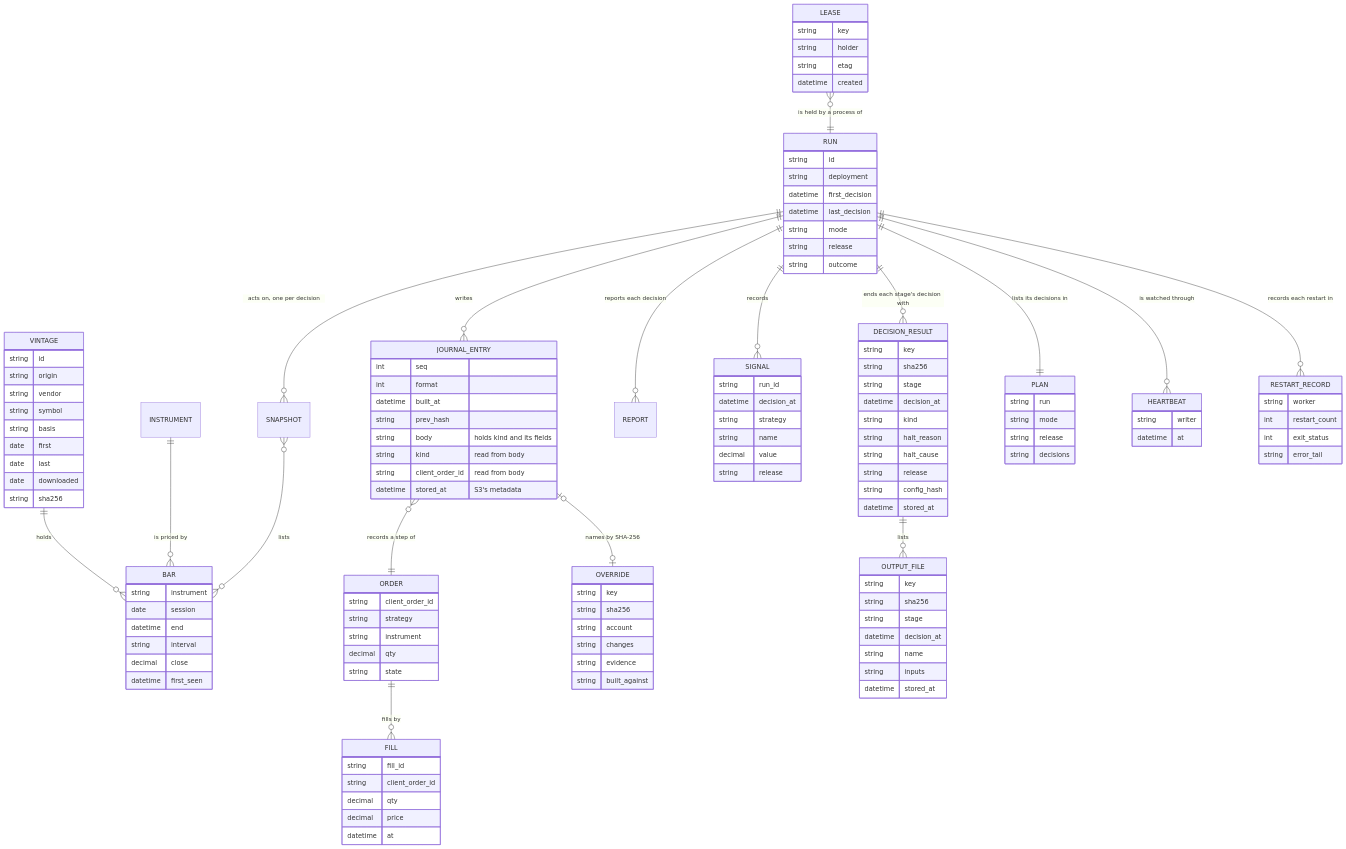
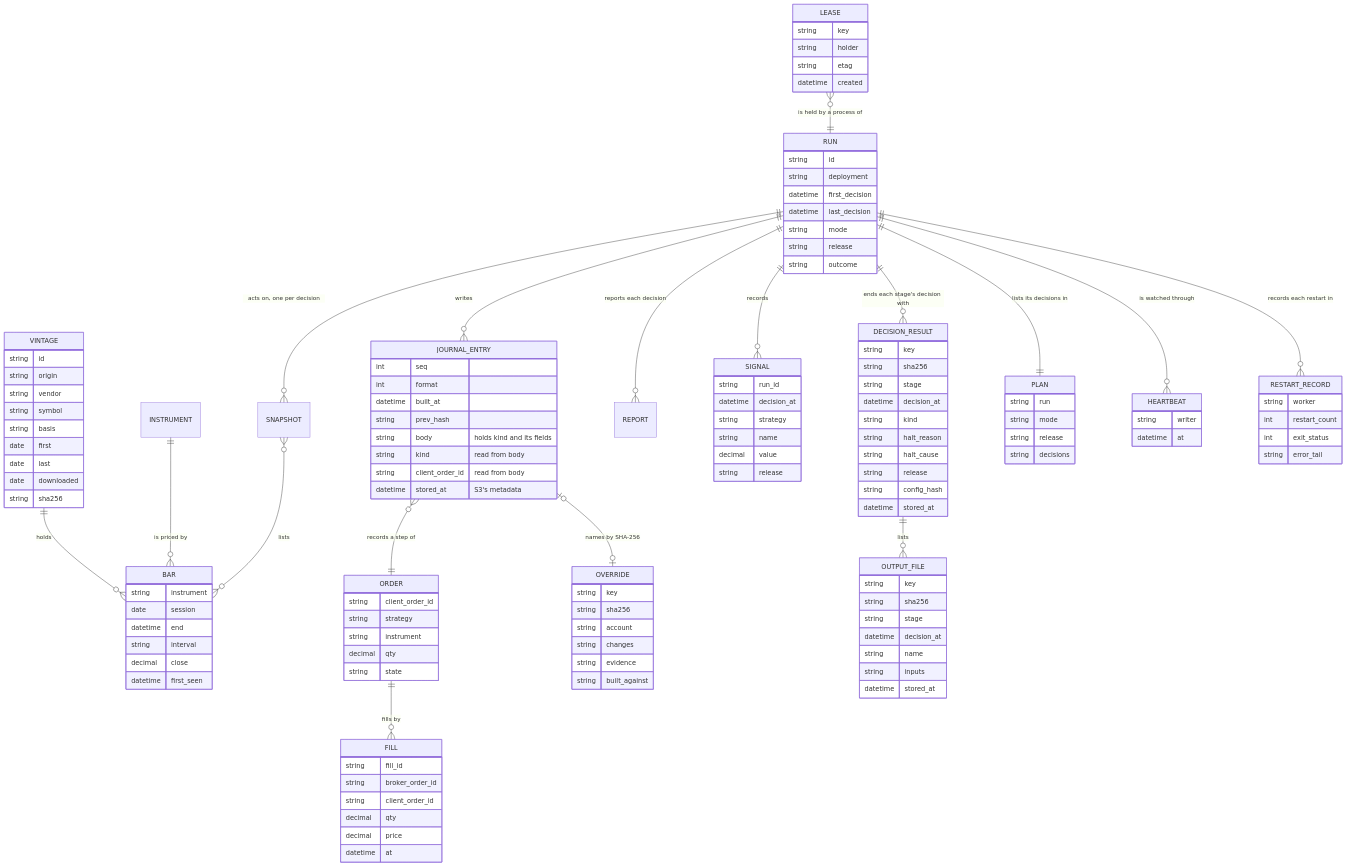
One commit to l3a0/ithildin-runtime changed diagram 14 of 16 in docs/architecture.md. Above: the diagram before and after it, drawn with Mermaid. The commit also changed other lines of this file and 1 other file, not shown here.

First line of the commit message:
docs(design): sort broker entries safely and keep hand trades from loosening limits

```diff
--- a/docs/architecture.md
+++ b/docs/architecture.md
@@ -1649,7 +1649,7 @@
         string inputs
         datetime stored_at
     }
-        JOURNAL_ENTRY {
+    JOURNAL_ENTRY {
         int seq
         int format
         datetime built_at
@@ -1659,7 +1659,7 @@
         string client_order_id "read from body"
         datetime stored_at "S3's metadata"
     }
-        ORDER {
+    ORDER {
         string client_order_id
         string strategy
         string instrument
@@ -1668,6 +1668,7 @@
     }
     FILL {
         string fill_id
+        string broker_order_id
         string client_order_id
         decimal qty
         decimal price
```
